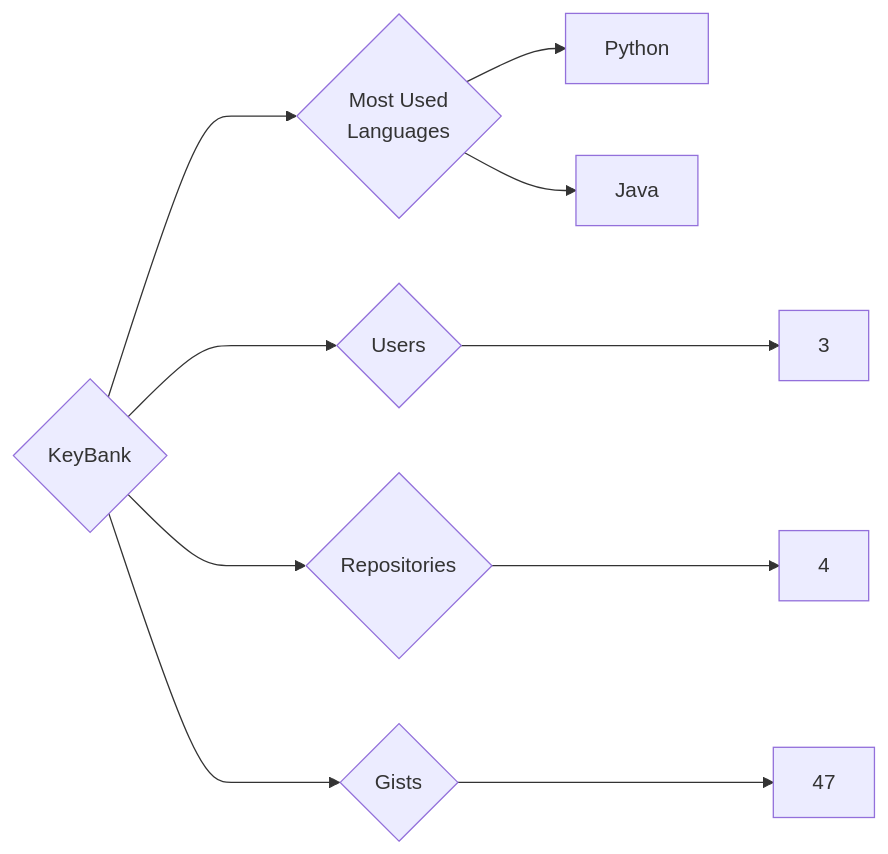
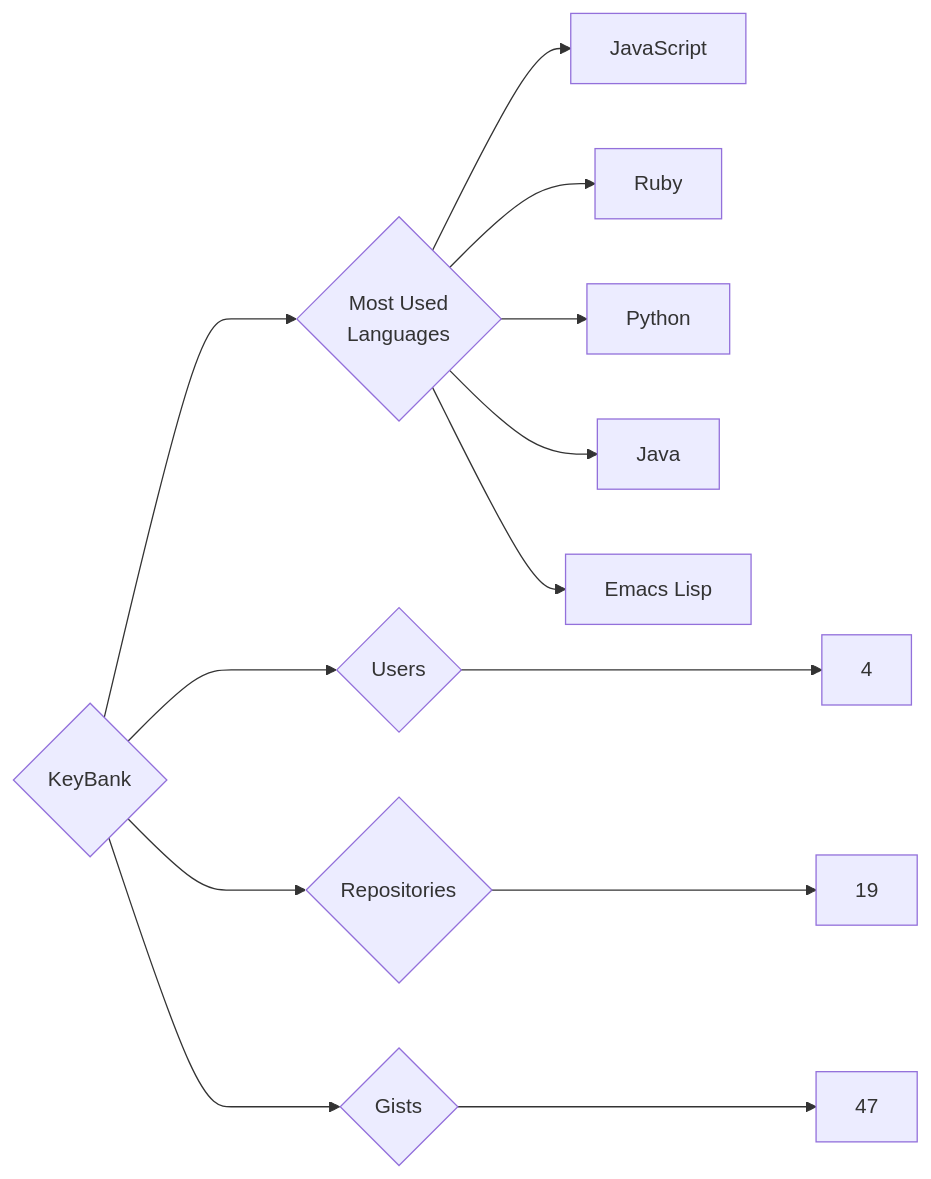
Before and after one commit to trickest/insiders: the diagram in targets/KeyBank/README.md, drawn with Mermaid. The commit also changed 1496 other files, not shown here.

````diff
--- a/targets/KeyBank/README.md
+++ b/targets/KeyBank/README.md
@@ -3,10 +3,13 @@
 ```mermaid
 graph LR
 COMPANY_NAME{KeyBank}
-COMPANY_NAME ---> U{Users} ---> UN[3]
-COMPANY_NAME ---> R{Repositories} ---> RN[4]
+COMPANY_NAME ---> U{Users} ---> UN[4]
+COMPANY_NAME ---> R{Repositories} ---> RN[19]
 COMPANY_NAME ---> G{Gists} ---> GN[47]
 COMPANY_NAME ---> ML{Most Used<br>Languages}
+ML --> JavaScript[JavaScript]
+ML --> Ruby[Ruby]
 ML --> Python[Python]
 ML --> Java[Java]
+ML --> Emacs_Lisp[Emacs Lisp]
 ```
````
